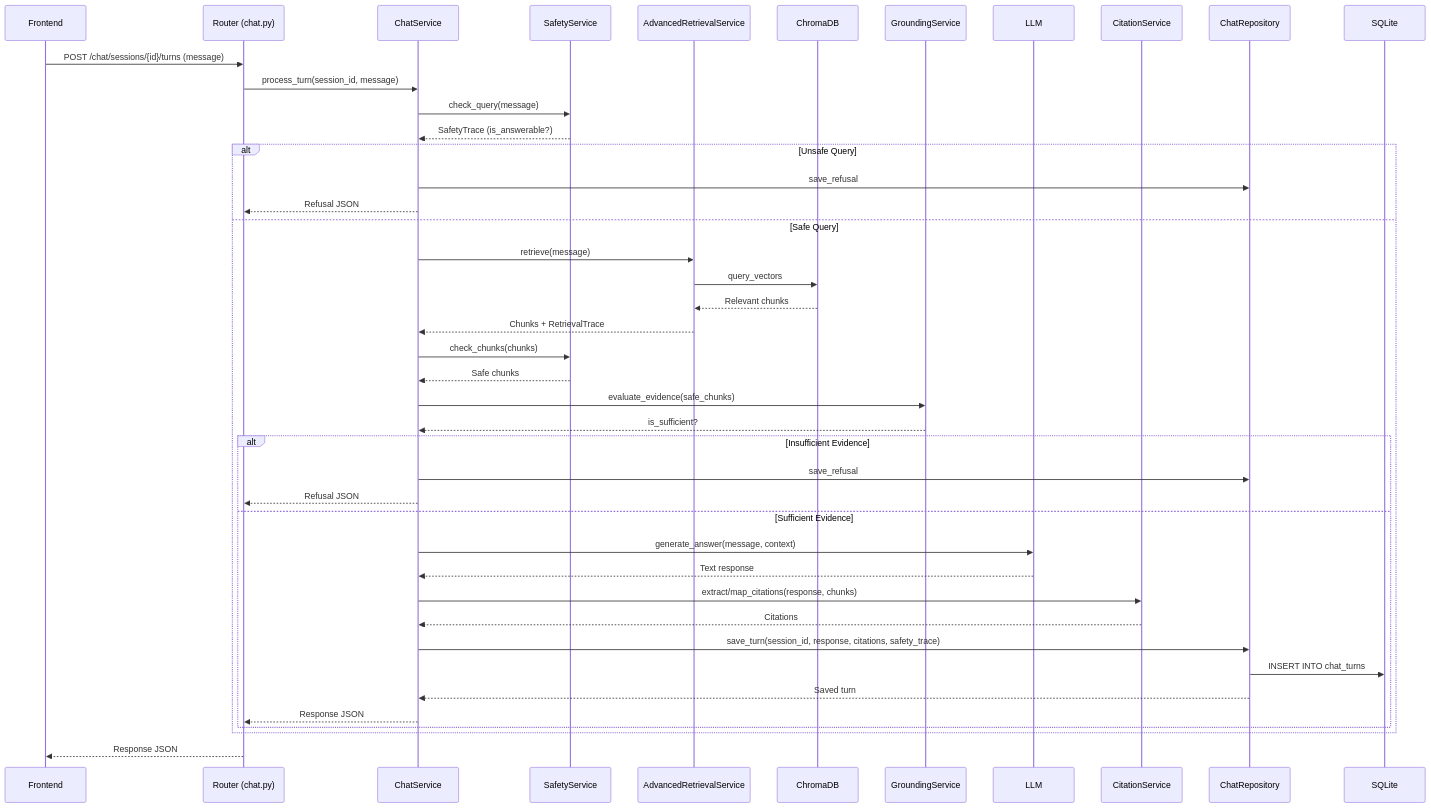
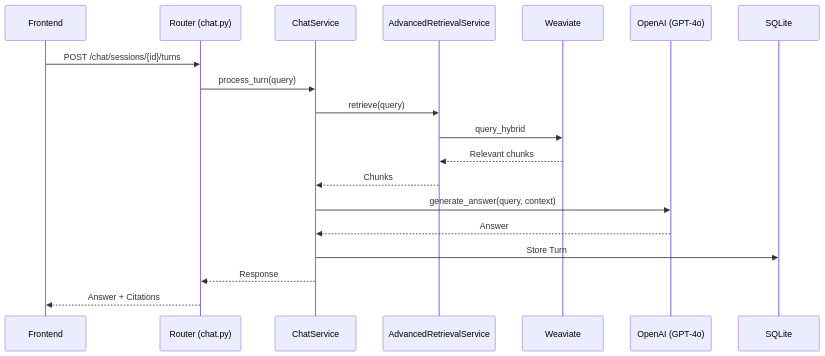
Before and after one commit to thaihai-swe/chatbot-with-data: the diagram in docs/diagrams/api/submit-chat-turn.md, drawn with Mermaid. The commit also changed 18 other files, not shown here.

Commit message:
4.2-hybrid-search-weaviate

````diff
--- a/docs/diagrams/api/submit-chat-turn.md
+++ b/docs/diagrams/api/submit-chat-turn.md
@@ -3,52 +3,25 @@
 ```mermaid
 sequenceDiagram
     participant Frontend
     participant Router as Router (chat.py)
     participant ChatService
-    participant SafetyService
     participant AdvancedRetrievalService
-    participant ChromaDB
-    participant GroundingService
-    participant LLM
-    participant CitationService
-    participant ChatRepository
-    participant SQLite
+    participant Weaviate
+    participant OpenAI as OpenAI (GPT-4o)
+    participant DB as SQLite
     
-    Frontend->>Router: POST /chat/sessions/{id}/turns (message)
-    Router->>ChatService: process_turn(session_id, message)
+    Frontend->>Router: POST /chat/sessions/{id}/turns
+    Router->>ChatService: process_turn(query)
     
-    ChatService->>SafetyService: check_query(message)
-    SafetyService-->>ChatService: SafetyTrace (is_answerable?)
+    ChatService->>AdvancedRetrievalService: retrieve(query)
+    AdvancedRetrievalService->>Weaviate: query_hybrid
+    Weaviate-->>AdvancedRetrievalService: Relevant chunks
+    AdvancedRetrievalService-->>ChatService: Chunks
     
-    alt Unsafe Query
-        ChatService->>ChatRepository: save_refusal
-        ChatService-->>Router: Refusal JSON
-    else Safe Query
-        ChatService->>AdvancedRetrievalService: retrieve(message)
-        AdvancedRetrievalService->>ChromaDB: query_vectors
-        ChromaDB-->>AdvancedRetrievalService: Relevant chunks
-        AdvancedRetrievalService-->>ChatService: Chunks + RetrievalTrace
-        
-        ChatService->>SafetyService: check_chunks(chunks)
-        SafetyService-->>ChatService: Safe chunks
-        
-        ChatService->>GroundingService: evaluate_evidence(safe_chunks)
-        GroundingService-->>ChatService: is_sufficient?
-        
-        alt Insufficient Evidence
-            ChatService->>ChatRepository: save_refusal
-            ChatService-->>Router: Refusal JSON
-        else Sufficient Evidence
-            ChatService->>LLM: generate_answer(message, context)
-            LLM-->>ChatService: Text response
-            ChatService->>CitationService: extract/map_citations(response, chunks)
-            CitationService-->>ChatService: Citations
-            ChatService->>ChatRepository: save_turn(session_id, response, citations, safety_trace)
-            ChatRepository->>SQLite: INSERT INTO chat_turns
-            ChatRepository-->>ChatService: Saved turn
-            ChatService-->>Router: Response JSON
-        end
-    end
+    ChatService->>OpenAI: generate_answer(query, context)
+    OpenAI-->>ChatService: Answer
     
-    Router-->>Frontend: Response JSON
+    ChatService->>DB: Store Turn
+    ChatService-->>Router: Response
+    Router-->>Frontend: Answer + Citations
 ```
````
